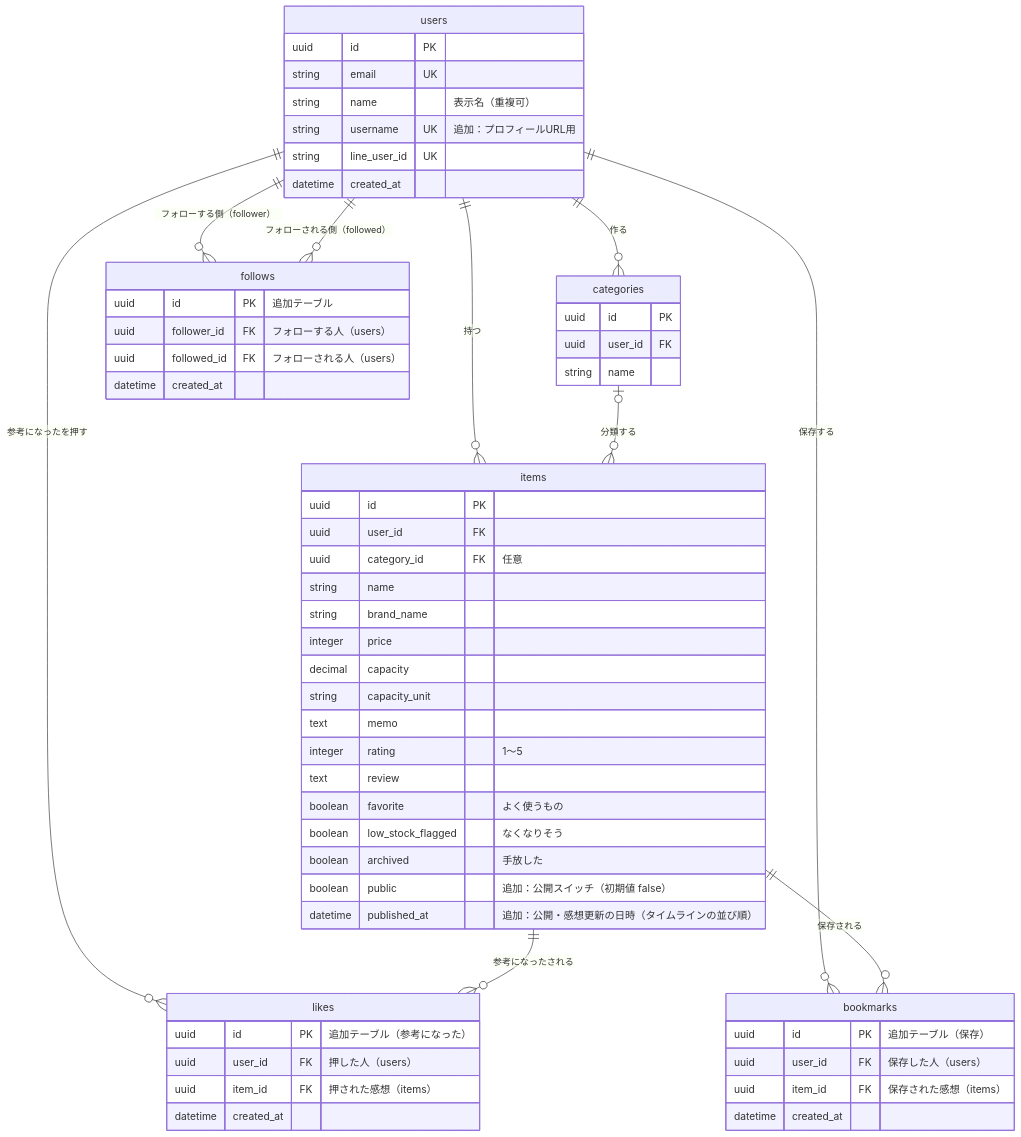
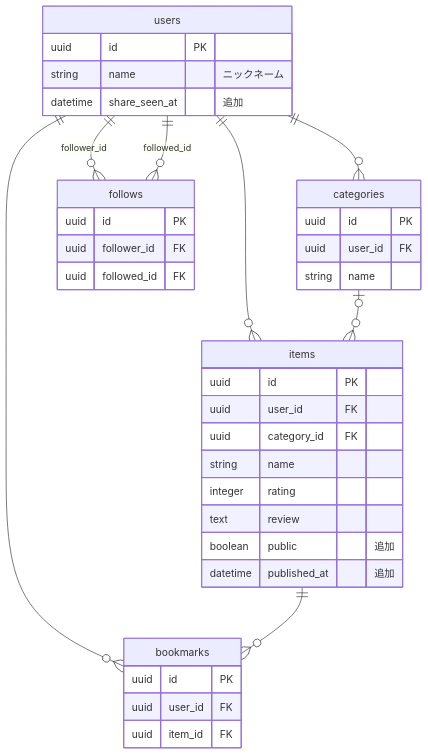
One commit to maichi917/erabu-note changed the diagram in docs/sharing-plan.md. Above: the diagram before and after it, drawn with Mermaid. The commit also changed other lines of this file and 3 other files, not shown here.

````diff
--- a/docs/sharing-plan.md
+++ b/docs/sharing-plan.md
@@ -87,67 +77,41 @@
 ```mermaid
 erDiagram
-    users ||--o{ items : "持つ"
-    users ||--o{ categories : "作る"
-    categories |o--o{ items : "分類する"
-    users ||--o{ follows : "フォローする側（follower）"
-    users ||--o{ follows : "フォローされる側（followed）"
-    users ||--o{ likes : "参考になったを押す"
-    items ||--o{ likes : "参考になったされる"
-    users ||--o{ bookmarks : "保存する"
-    items ||--o{ bookmarks : "保存される"
+    users ||--o{ items : ""
+    users ||--o{ categories : ""
+    categories |o--o{ items : ""
+    users ||--o{ follows : "follower_id"
+    users ||--o{ follows : "followed_id"
+    users ||--o{ bookmarks : ""
+    items ||--o{ bookmarks : ""
 
     users {
         uuid id PK
-        string email UK
-        string name "表示名（重複可）"
-        string username UK "追加：プロフィールURL用"
-        string line_user_id UK
-        datetime created_at
+        string name "ニックネーム"
+        datetime share_seen_at "追加"
     }
-
-    items {
-        uuid id PK
-        uuid user_id FK
-        uuid category_id FK "任意"
-        string name
-        string brand_name
-        integer price
-        decimal capacity
-        string capacity_unit
-        text memo
-        integer rating "1〜5"
-        text review
-        boolean favorite "よく使うもの"
-        boolean low_stock_flagged "なくなりそう"
-        boolean archived "手放した"
-        boolean public "追加：公開スイッチ（初期値 false）"
-        datetime published_at "追加：公開・感想更新の日時（タイムラインの並び順）"
-    }
-
-    follows {
-        uuid id PK "追加テーブル"
-        uuid follower_id FK "フォローする人（users）"
-        uuid followed_id FK "フォローされる人（users）"
-        datetime created_at
-    }
-
-    likes {
-        uuid id PK "追加テーブル（参考になった）"
-        uuid user_id FK "押した人（users）"
-        uuid item_id FK "押された感想（items）"
-        datetime created_at
-    }
-
-    bookmarks {
-        uuid id PK "追加テーブル（保存）"
-        uuid user_id FK "保存した人（users）"
-        uuid item_id FK "保存された感想（items）"
-        datetime created_at
-    }
-
     categories {
         uuid id PK
         uuid user_id FK
         string name
     }
+    items {
+        uuid id PK
+        uuid user_id FK
+        uuid category_id FK
+        string name
+        integer rating
+        text review
+        boolean public "追加"
+        datetime published_at "追加"
+    }
+    follows {
+        uuid id PK
+        uuid follower_id FK
+        uuid followed_id FK
+    }
+    bookmarks {
+        uuid id PK
+        uuid user_id FK
+        uuid item_id FK
+    }
 ```
````
